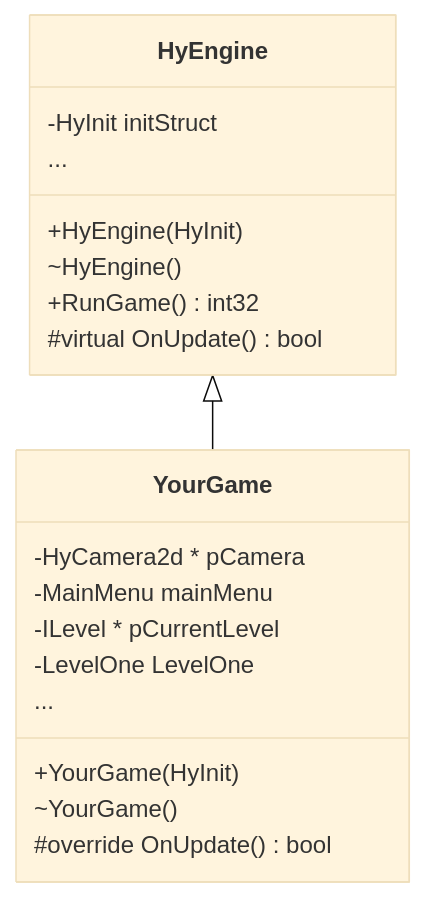
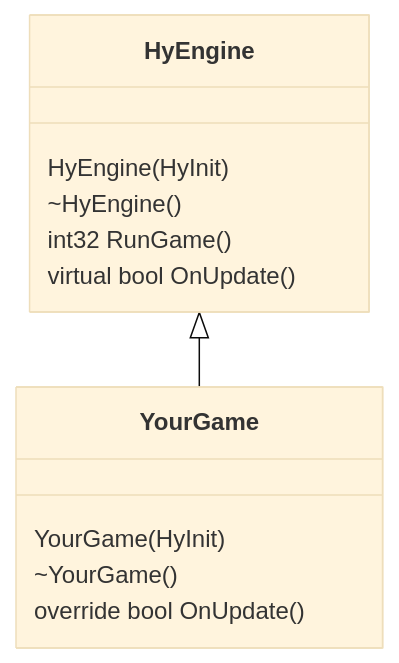
One commit to GameOverture/HyWebsite changed the first of 2 diagrams in mkdocs/docs/programming/index.md. Above: the diagram before and after it, drawn with Mermaid (base theme). The commit also changed other lines of this file and 18 other files, not shown here.

````diff
--- a/mkdocs/docs/programming/index.md
+++ b/mkdocs/docs/programming/index.md
@@ -10,22 +10,15 @@
 ``` mermaid
 classDiagram
   HyEngine <|-- YourGame
   class HyEngine{
-    -HyInit initStruct
-    ...
-    +HyEngine(HyInit)
+    HyEngine(HyInit)
     ~HyEngine()
-    +RunGame() int32
-    #virtual OnUpdate() bool
+    int32 RunGame()
+    virtual bool OnUpdate()
   }
   class YourGame{
-    -HyCamera2d * pCamera
-    -MainMenu mainMenu
-    -ILevel * pCurrentLevel
-    -LevelOne LevelOne
-    ...
-    +YourGame(HyInit)
+    YourGame(HyInit)
     ~YourGame()
-    #override OnUpdate() bool
+    override bool OnUpdate()
   }
 ```
````
